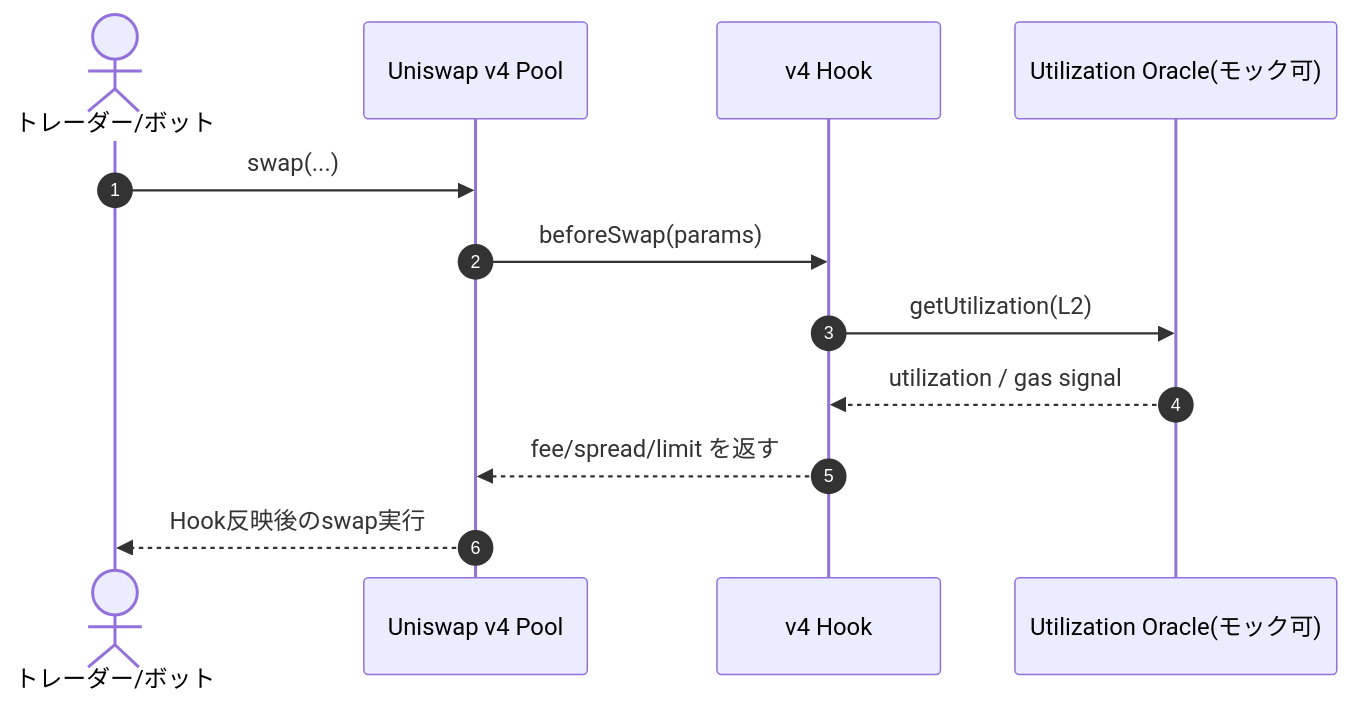
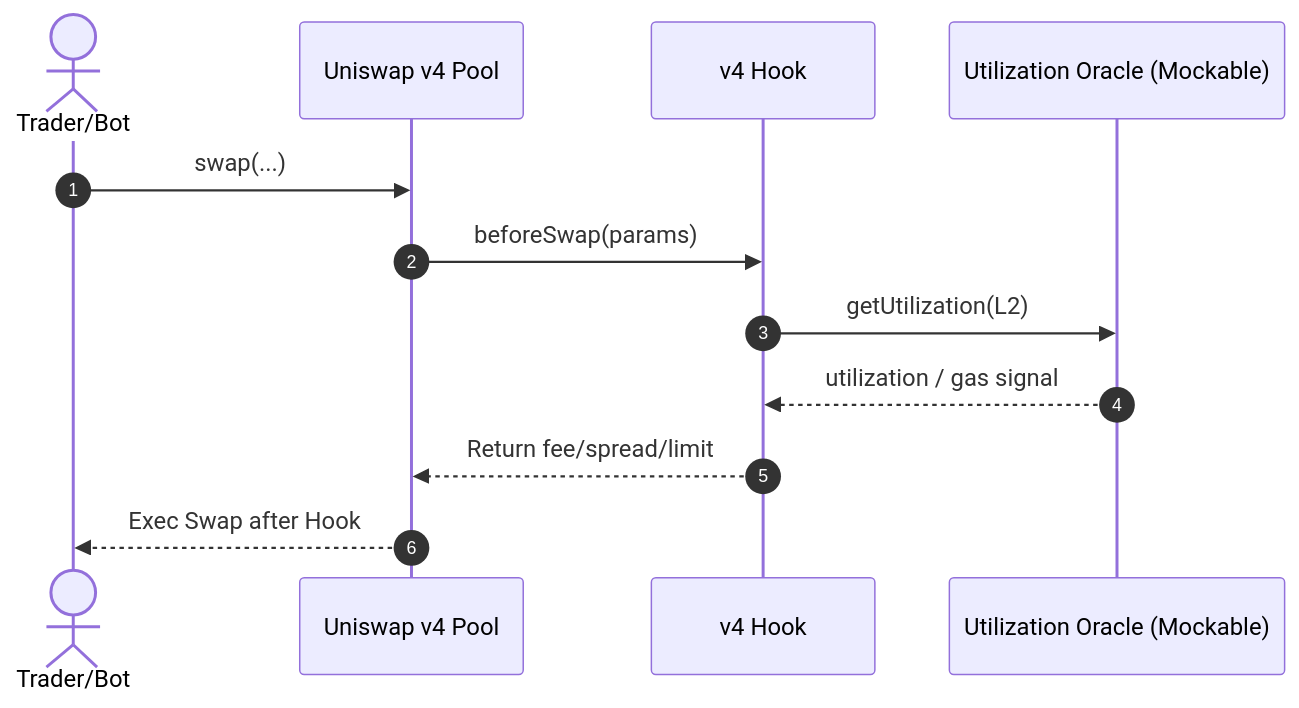
One commit to mashharuki/hack-money-2026 changed the sixth of 11 diagrams in README.md. Above: the diagram before and after it, drawn with Mermaid. The commit also changed other lines of this file and 4 other files, not shown here.

````diff
--- a/README.md
+++ b/README.md
@@ -448,15 +451,15 @@
 ```mermaid
 sequenceDiagram
   autonumber
-  actor Trader as トレーダー/ボット
+  actor Trader as Trader/Bot
   participant Pool as Uniswap v4 Pool
   participant Hook as v4 Hook
-  participant Oracle as Utilization Oracle(モック可)
+  participant Oracle as Utilization Oracle (Mockable)
 
   Trader->>Pool: swap(...)
   Pool->>Hook: beforeSwap(params)
   Hook->>Oracle: getUtilization(L2)
   Oracle-->>Hook: utilization / gas signal
-  Hook-->>Pool: fee/spread/limit を返す
-  Pool-->>Trader: Hook反映後のswap実行
+  Hook-->>Pool: Return fee/spread/limit
+  Pool-->>Trader: Exec Swap after Hook
 ```
````
